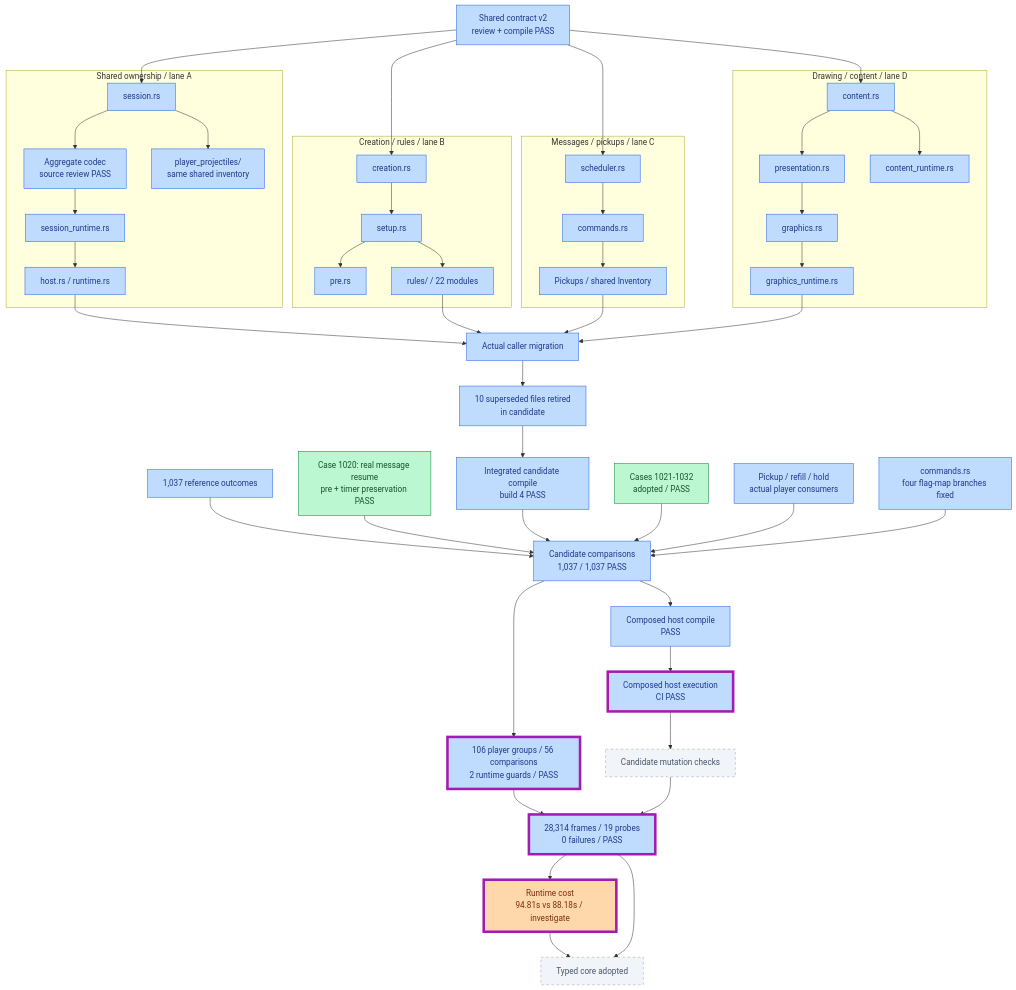
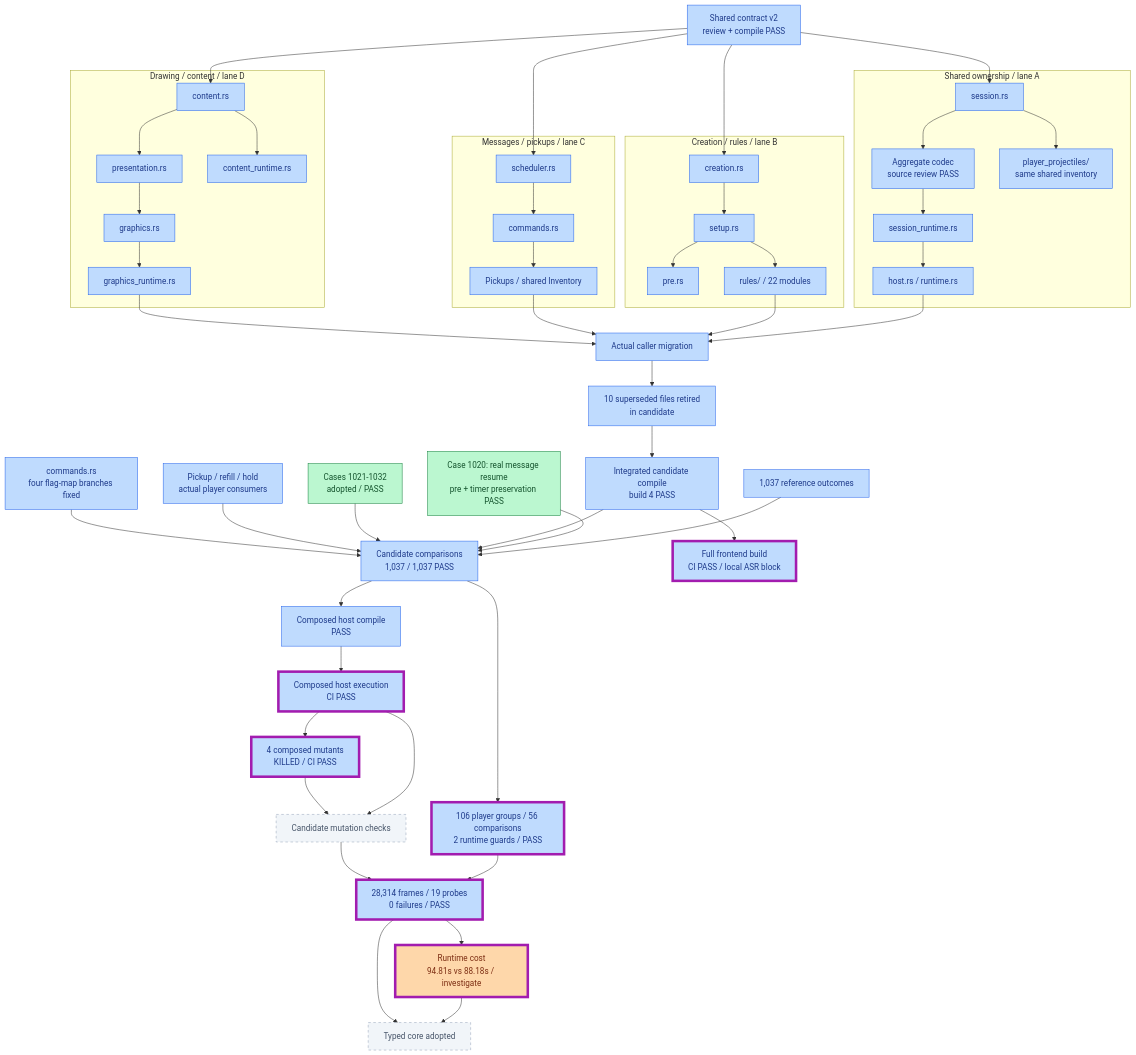
Before and after one commit to JimLundin/sm-decomp: the first of 9 diagrams in PROGRESS.md, drawn with Mermaid. The commit also changed other lines of this file and 2 other files, not shown here.

Commit message:
Record four room mutation kills and hosted candidate build pass

````diff
--- a/PROGRESS.md
+++ b/PROGRESS.md
@@ -12,57 +12,60 @@
 ```mermaid
 flowchart TB
     CONTRACT["Shared contract v2<br/>review + compile PASS"]:::checked
     subgraph shared["Shared ownership / lane A"]
         S["session.rs"]:::checked --> CODEC["Aggregate codec<br/>source review PASS"]:::checked
         S --> PLAYER["player_projectiles/<br/>same shared inventory"]:::checked
         CODEC --> RT["session_runtime.rs"]:::checked
         RT --> HOST["host.rs / runtime.rs"]:::checked
     end
     subgraph creation["Creation / rules / lane B"]
         CREATE["creation.rs"]:::checked --> SETUP["setup.rs"]:::checked
         SETUP --> PRE["pre.rs"]:::checked
         SETUP --> RULES["rules/ / 22 modules"]:::checked
     end
     subgraph execution["Messages / pickups / lane C"]
         SCHED["scheduler.rs"]:::checked --> CMD["commands.rs"]:::checked
         CMD --> PICKUP["Pickups / shared Inventory"]:::checked
     end
     subgraph drawing["Drawing / content / lane D"]
         DRAW["presentation.rs"]:::checked --> GRAPHICS["graphics.rs"]:::checked
         CONTENT["content.rs"]:::checked --> DRAW
         CONTENT --> CR["content_runtime.rs"]:::checked
         GRAPHICS --> GR["graphics_runtime.rs"]:::checked
     end
     CONTRACT --> S
     CONTRACT --> CREATE
     CONTRACT --> SCHED
     CONTRACT --> CONTENT
     HOST --> CALLERS["Actual caller migration"]:::checked
     RULES --> CALLERS
     PICKUP --> CALLERS
     GR --> CALLERS
     CALLERS --> DELETE["10 superseded files retired<br/>in candidate"]:::checked
     BASE["1,037 reference outcomes"]:::checked --> COMPARE["Candidate comparisons<br/>1,037 / 1,037 PASS"]:::checked
     RESUME["Case 1020: real message resume<br/>pre + timer preservation PASS"]:::done --> COMPARE
     DELETE --> BUILD["Integrated candidate compile<br/>build 4 PASS"]:::checked
     BUILD --> COMPARE
     GAP["Cases 1021-1032<br/>adopted / PASS"]:::done --> COMPARE
     SHAREDTEST["Pickup / refill / hold<br/>actual player consumers"]:::checked --> COMPARE
     FLAGS["commands.rs<br/>four flag-map branches fixed"]:::checked --> COMPARE
     COMPARE --> REG["106 player groups / 56 comparisons<br/>2 runtime guards / PASS"]:::checked
     COMPARE --> HC["Composed host compile<br/>PASS"]:::checked
     HC --> HE["Composed host execution<br/>CI PASS"]:::checked
     HE --> MUT["Candidate mutation checks"]:::pending
+    HE --> CM["4 composed mutants<br/>KILLED / CI PASS"]:::checked
+    CM --> MUT
+    BUILD --> FRONT["Full frontend build<br/>CI PASS / local ASR block"]:::checked
     REG --> MOVIE["28,314 frames / 19 probes<br/>0 failures / PASS"]:::checked
     MUT --> MOVIE
     MOVIE --> PERF["Runtime cost<br/>94.81s vs 88.18s / investigate"]:::active
     PERF --> ADOPT
     MOVIE --> ADOPT["Typed core adopted"]:::pending
-    class REG,HE,MOVIE,PERF changed
+    class REG,HE,MOVIE,PERF,CM,FRONT changed
     classDef done fill:#bbf7d0,stroke:#15803d,color:#14532d
     classDef checked fill:#bfdbfe,stroke:#2563eb,color:#1e3a8a
     classDef active fill:#fed7aa,stroke:#ea580c,color:#7c2d12
     classDef pending fill:#f1f5f9,stroke:#94a3b8,color:#475569,stroke-dasharray:5 5
     classDef failed fill:#fecaca,stroke:#dc2626,color:#7f1d1d
     classDef changed stroke:#a21caf,stroke-width:5px
 ```
````
